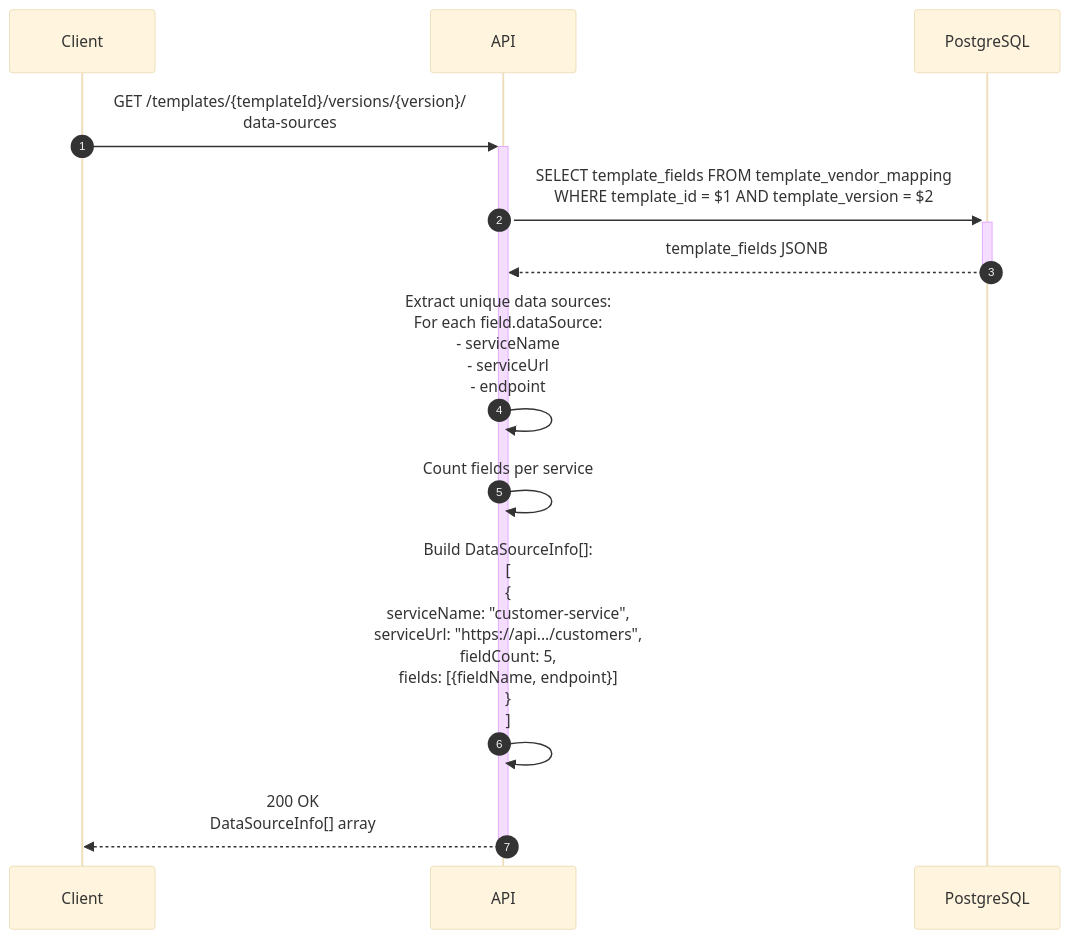
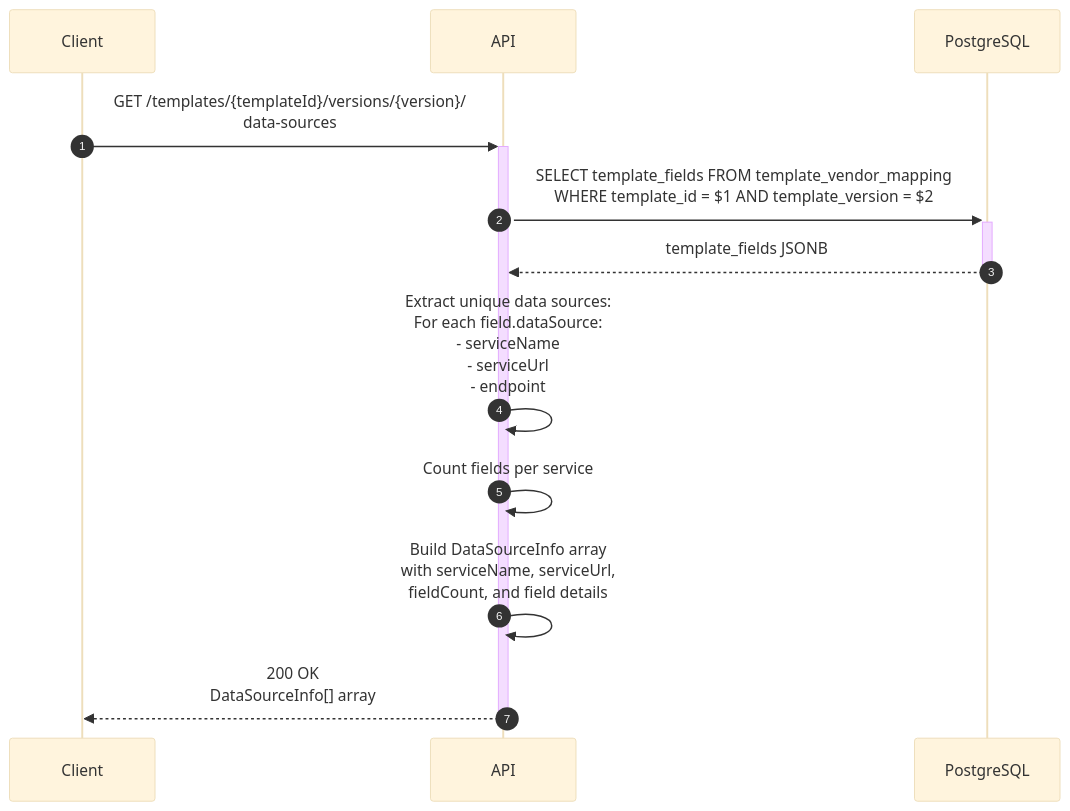
Diagram 13 of 14 in docs/sequence-diagrams/complete_api_sequence_diagrams.md (ghmd86/document-hub), drawn with Mermaid (base theme) before and after one commit. The commit also changed other lines of this file, not shown here.

First line of the commit message:
Fix Mermaid syntax errors in sequence diagrams

````diff
--- a/docs/sequence-diagrams/complete_api_sequence_diagrams.md
+++ b/docs/sequence-diagrams/complete_api_sequence_diagrams.md
@@ -640,22 +640,22 @@
 ```mermaid
 sequenceDiagram
     autonumber
 
     participant Client
     participant API
     participant DB as PostgreSQL
 
     Client->>+API: GET /templates/{templateId}/versions/{version}/<br/>data-sources
 
     API->>+DB: SELECT template_fields FROM template_vendor_mapping<br/>WHERE template_id = $1 AND template_version = $2
 
     DB-->>-API: template_fields JSONB
 
     API->>API: Extract unique data sources:<br/>For each field.dataSource:<br/>- serviceName<br/>- serviceUrl<br/>- endpoint
 
     API->>API: Count fields per service
 
-    API->>API: Build DataSourceInfo[]:<br/>[<br/>  {<br/>    serviceName: "customer-service",<br/>    serviceUrl: "https://api.../customers",<br/>    fieldCount: 5,<br/>    fields: [{fieldName, endpoint}]<br/>  }<br/>]
+    API->>API: Build DataSourceInfo array<br/>with serviceName, serviceUrl,<br/>fieldCount, and field details
 
     API-->>-Client: 200 OK<br/>DataSourceInfo[] array
 ```
````
